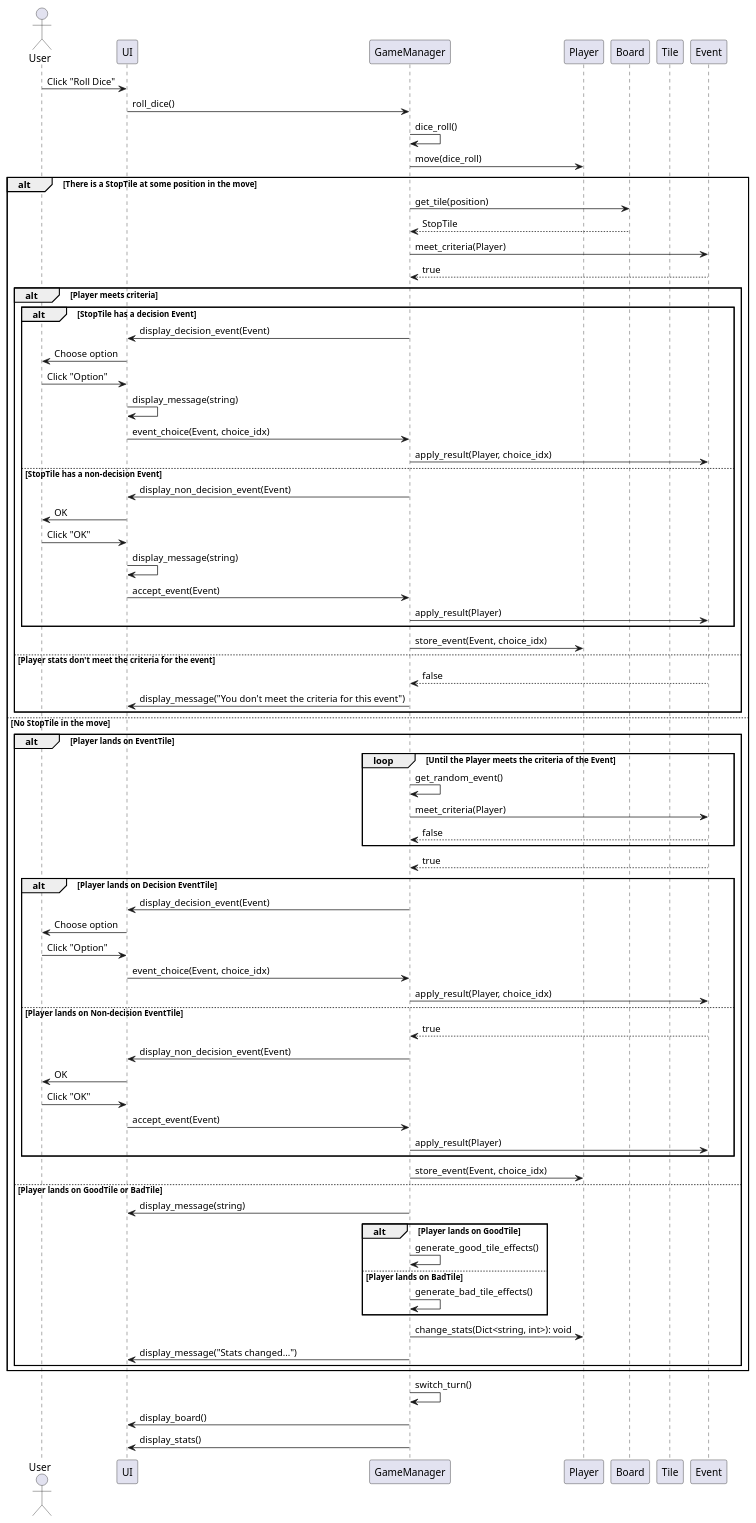
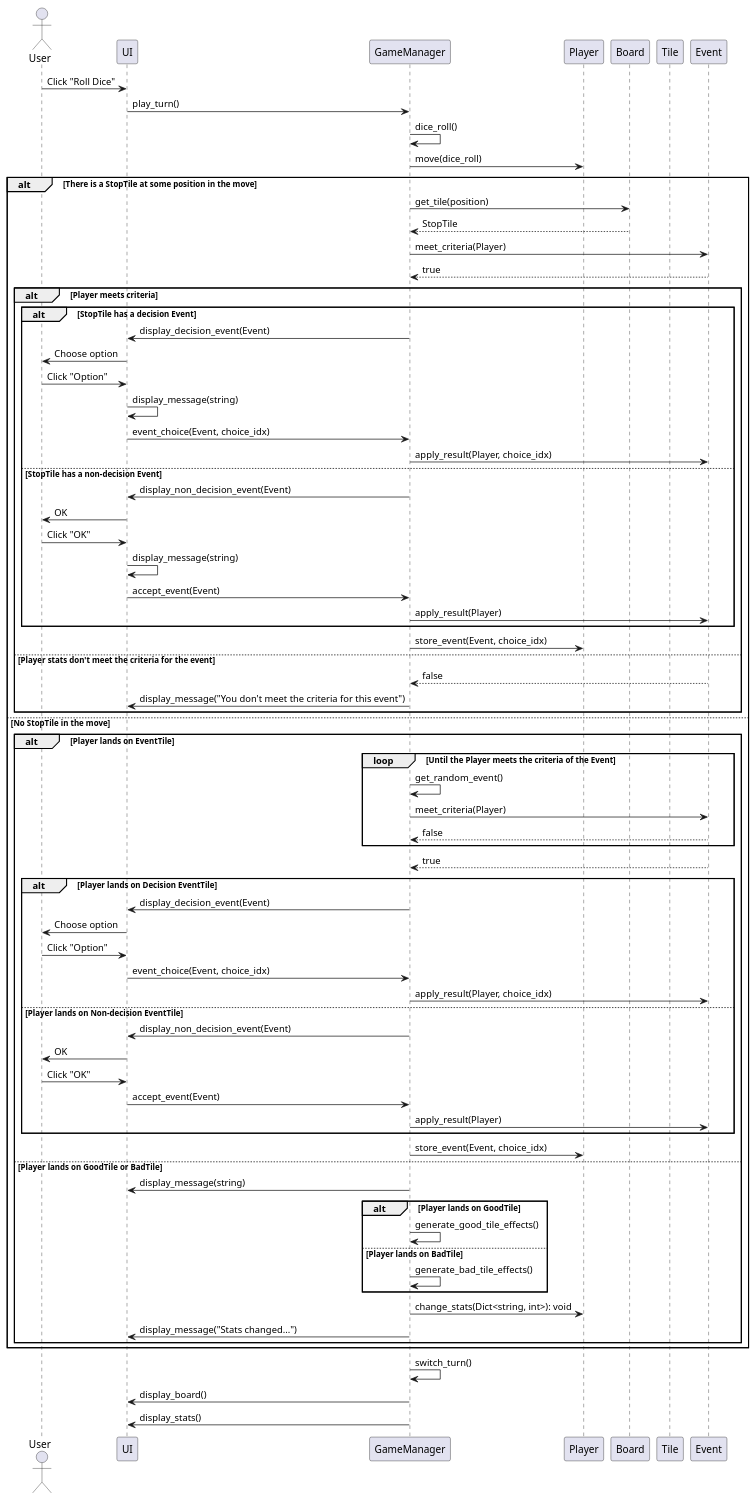
The diagram in diagrams/sd_dice_roll.puml (CSE-362-2025/BoardGameProject), drawn with PlantUML before and after one commit. The commit also changed 3 other files, not shown here.

Commit message:
cpu sequence diagram

```diff
--- a/diagrams/sd_dice_roll.puml
+++ b/diagrams/sd_dice_roll.puml
@@ -1,100 +1,99 @@
 @startuml SequenceDiagram: Dice roll and movement for human player
 actor User
 participant UI
 participant GameManager
 participant Player
 participant Board
 participant Tile
 participant Event
 
 User -> UI: Click "Roll Dice"
-UI -> GameManager: roll_dice()
+UI -> GameManager: play_turn()
 GameManager -> GameManager: dice_roll()
 GameManager -> Player: move(dice_roll)
 
 alt There is a StopTile at some position in the move
 
 
         GameManager -> Board: get_tile(position)
         Board --> GameManager: StopTile
         GameManager -> Event: meet_criteria(Player)
         Event --> GameManager: true
 
         alt Player meets criteria
 
             alt StopTile has a decision Event
                 GameManager -> UI: display_decision_event(Event)
                 UI -> User: Choose option
                 User -> UI: Click "Option"
                 UI -> UI: display_message(string)
                 UI -> GameManager: event_choice(Event, choice_idx)
                 GameManager -> Event: apply_result(Player, choice_idx)
 
             else StopTile has a non-decision Event
                 GameManager -> UI: display_non_decision_event(Event)
                 UI -> User: OK
                 User -> UI: Click "OK"
                 UI -> UI: display_message(string)
                 UI -> GameManager: accept_event(Event)
                 GameManager -> Event: apply_result(Player)
             end
 
             GameManager -> Player: store_event(Event, choice_idx)
 
         else Player stats don't meet the criteria for the event
             Event --> GameManager: false
             GameManager -> UI: display_message("You don't meet the criteria for this event")
         end
 
 else No StopTile in the move
 
     alt Player lands on EventTile
 
         loop Until the Player meets the criteria of the Event
             GameManager -> GameManager: get_random_event()
             GameManager -> Event: meet_criteria(Player)
             Event --> GameManager: false
         end
     
         Event --> GameManager: true
 
         alt Player lands on Decision EventTile
             GameManager -> UI: display_decision_event(Event)
             UI -> User: Choose option
             User -> UI: Click "Option"
             UI -> GameManager: event_choice(Event, choice_idx)
             GameManager -> Event: apply_result(Player, choice_idx)
 
 
         else Player lands on Non-decision EventTile
-            Event --> GameManager: true
             GameManager -> UI: display_non_decision_event(Event)
             UI -> User: OK
             User -> UI: Click "OK"
             UI -> GameManager: accept_event(Event)
             GameManager -> Event: apply_result(Player)
 
         end
         
         GameManager -> Player: store_event(Event, choice_idx)
     
     else Player lands on GoodTile or BadTile
         GameManager -> UI: display_message(string)
 
         alt Player lands on GoodTile
             GameManager -> GameManager: generate_good_tile_effects()
         else Player lands on BadTile
             GameManager -> GameManager: generate_bad_tile_effects()
         end
 
         GameManager -> Player: change_stats(Dict<string, int>): void
         GameManager -> UI: display_message("Stats changed...")
 
     end
 end
 
 GameManager -> GameManager: switch_turn()
 GameManager -> UI: display_board()
 GameManager -> UI: display_stats()
 
 @enduml
```
